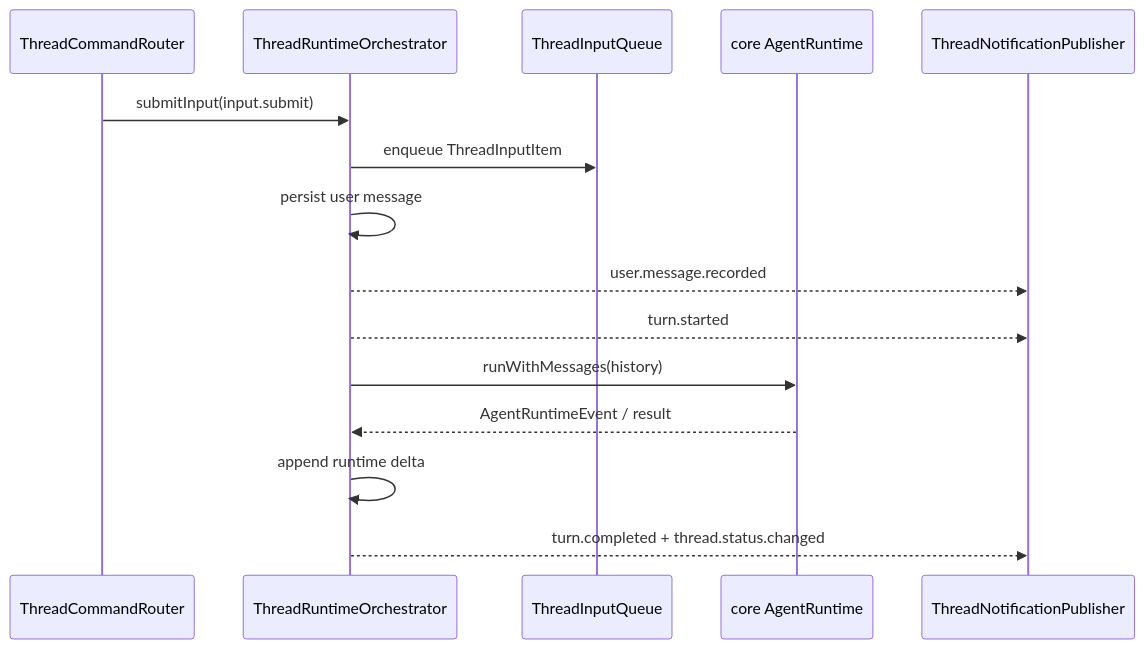
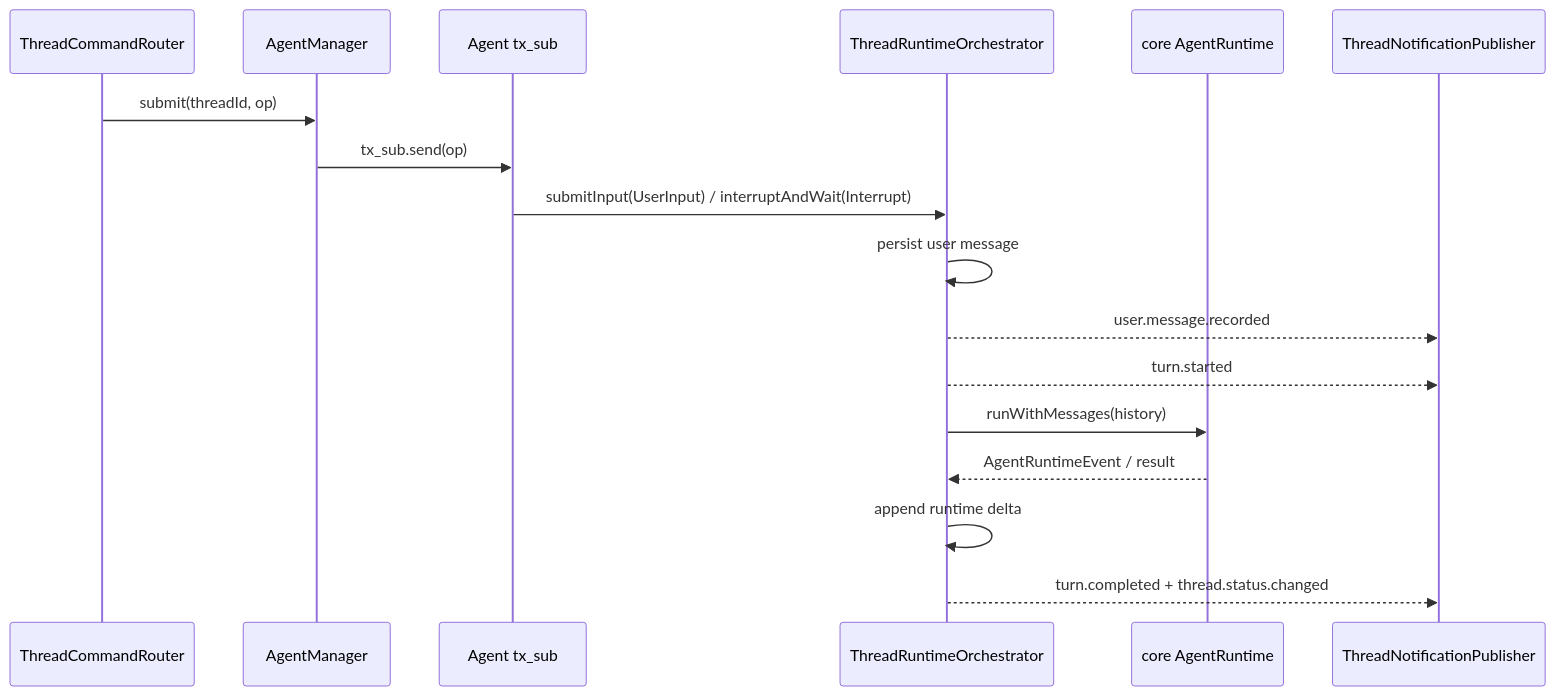
One commit to Lixuhang987/SpotAgent changed the diagram in apps/agent-server/src/thread/thread.md. Above: the diagram before and after it, drawn with Mermaid. The commit also changed other lines of this file and 47 other files, not shown here.

````diff
--- a/apps/agent-server/src/thread/thread.md
+++ b/apps/agent-server/src/thread/thread.md
@@ -23,18 +25,20 @@
 ```mermaid
 sequenceDiagram
   participant Router as ThreadCommandRouter
+  participant Manager as AgentManager
+  participant Agent as Agent tx_sub
   participant Orchestrator as ThreadRuntimeOrchestrator
-  participant Queue as ThreadInputQueue
   participant Runtime as core AgentRuntime
   participant Publisher as ThreadNotificationPublisher
 
-  Router->>Orchestrator: submitInput(input.submit)
-  Orchestrator->>Queue: enqueue ThreadInputItem
+  Router->>Manager: submit(threadId, op)
+  Manager->>Agent: tx_sub.send(op)
+  Agent->>Orchestrator: submitInput(UserInput) / interruptAndWait(Interrupt)
   Orchestrator->>Orchestrator: persist user message
   Orchestrator-->>Publisher: user.message.recorded
   Orchestrator-->>Publisher: turn.started
   Orchestrator->>Runtime: runWithMessages(history)
   Runtime-->>Orchestrator: AgentRuntimeEvent / result
   Orchestrator->>Orchestrator: append runtime delta
   Orchestrator-->>Publisher: turn.completed + thread.status.changed
 ```
````
